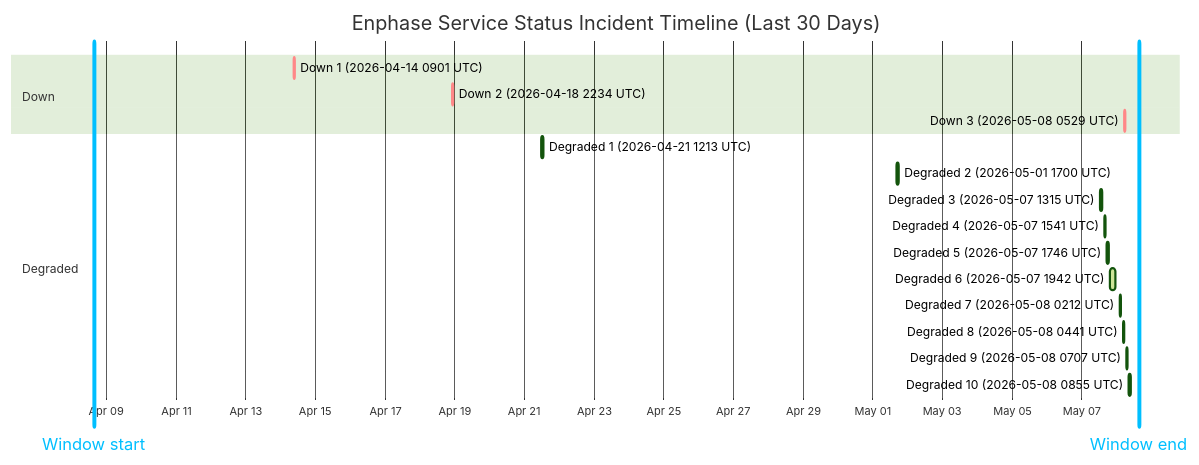
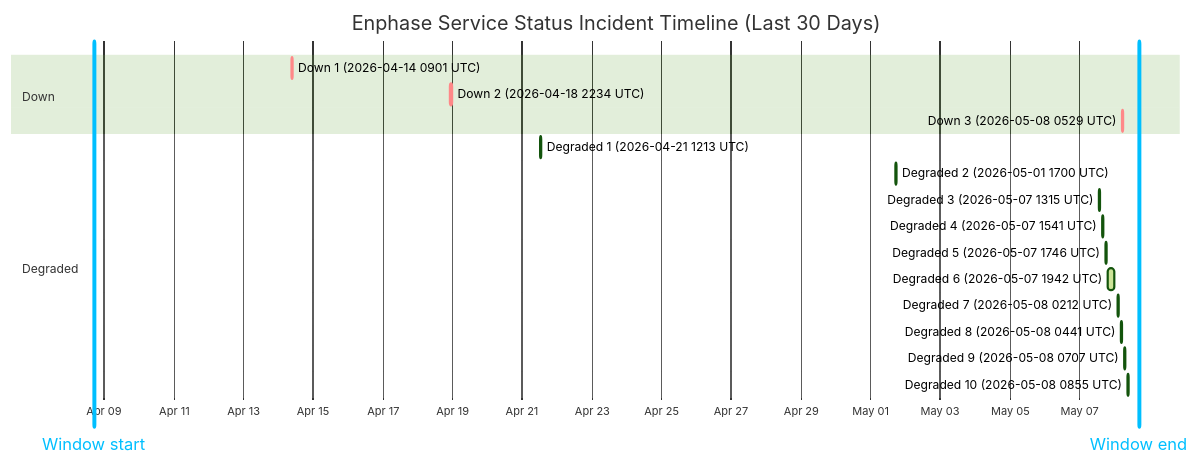
The diagram in wiki/Service-Status-History.md (barneyonline/ha-enphase-ev-charger), drawn with Mermaid (forest theme) before and after one commit. The commit also changed other lines of this file and 3 other files, not shown here.

````diff
--- a/wiki/Service-Status-History.md
+++ b/wiki/Service-Status-History.md
@@ -14,23 +14,23 @@
 ```mermaid
 gantt
     title Enphase Service Status Incident Timeline (Last 30 Days)
     dateFormat  YYYY-MM-DDTHH:mm:ss
     axisFormat  %b %d
-    Window start :vert, window-start, 2026-04-08T15:24:20, 0ms
-    Window end :vert, window-end, 2026-05-08T15:24:20, 0ms
+    Window start :vert, window-start, 2026-04-08T16:50:59, 0ms
+    Window end :vert, window-end, 2026-05-08T16:50:59, 0ms
     section Down
     Down 1 (2026-04-14 0901 UTC) :crit, down-1, 2026-04-14T09:01:13, 60m
     Down 2 (2026-04-18 2234 UTC) :crit, down-2, 2026-04-18T22:34:13, 60m
     Down 3 (2026-05-08 0529 UTC) :crit, down-3, 2026-05-08T05:29:47, 60m
     section Degraded
     Degraded 1 (2026-04-21 1213 UTC) :active, degraded-1, 2026-04-21T12:13:11, 60m
     Degraded 2 (2026-05-01 1700 UTC) :active, degraded-2, 2026-05-01T17:00:22, 60m
     Degraded 3 (2026-05-07 1315 UTC) :active, degraded-3, 2026-05-07T13:15:25, 60m
     Degraded 4 (2026-05-07 1541 UTC) :active, degraded-4, 2026-05-07T15:41:58, 60m
     Degraded 5 (2026-05-07 1746 UTC) :active, degraded-5, 2026-05-07T17:46:51, 60m
     Degraded 6 (2026-05-07 1942 UTC) :active, degraded-6, 2026-05-07T19:42:10, 249m
     Degraded 7 (2026-05-08 0212 UTC) :active, degraded-7, 2026-05-08T02:12:39, 60m
     Degraded 8 (2026-05-08 0441 UTC) :active, degraded-8, 2026-05-08T04:41:46, 60m
     Degraded 9 (2026-05-08 0707 UTC) :active, degraded-9, 2026-05-08T07:07:30, 60m
     Degraded 10 (2026-05-08 0855 UTC) :active, degraded-10, 2026-05-08T08:55:20, 88m
 ```
````
